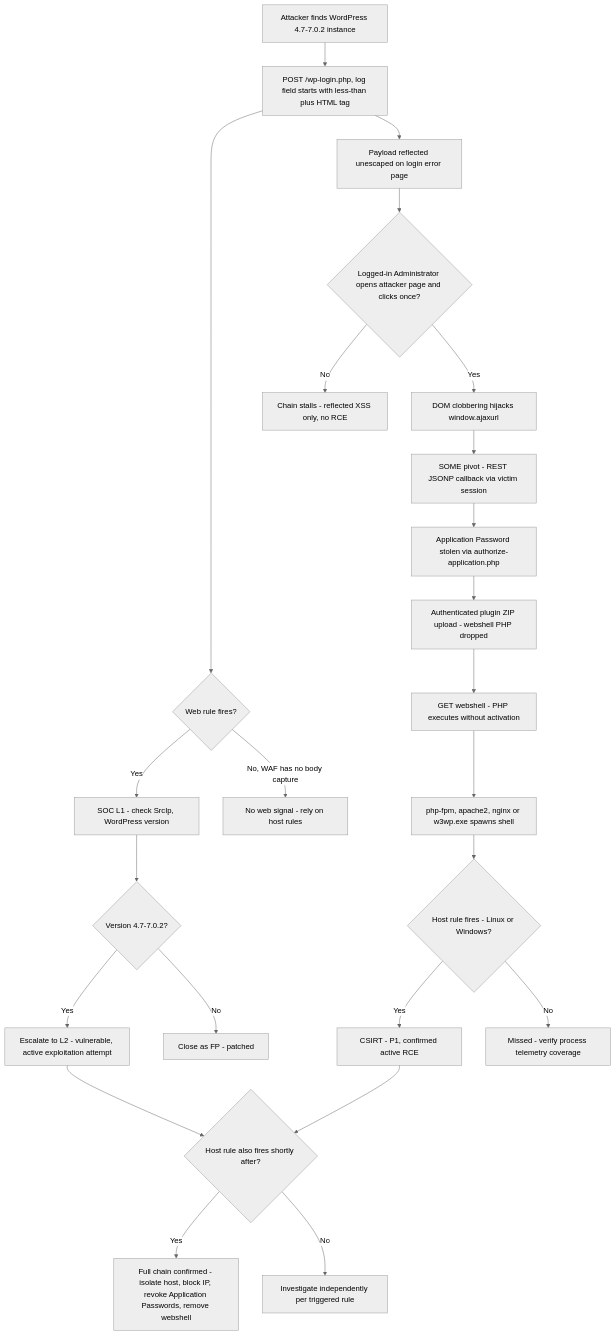
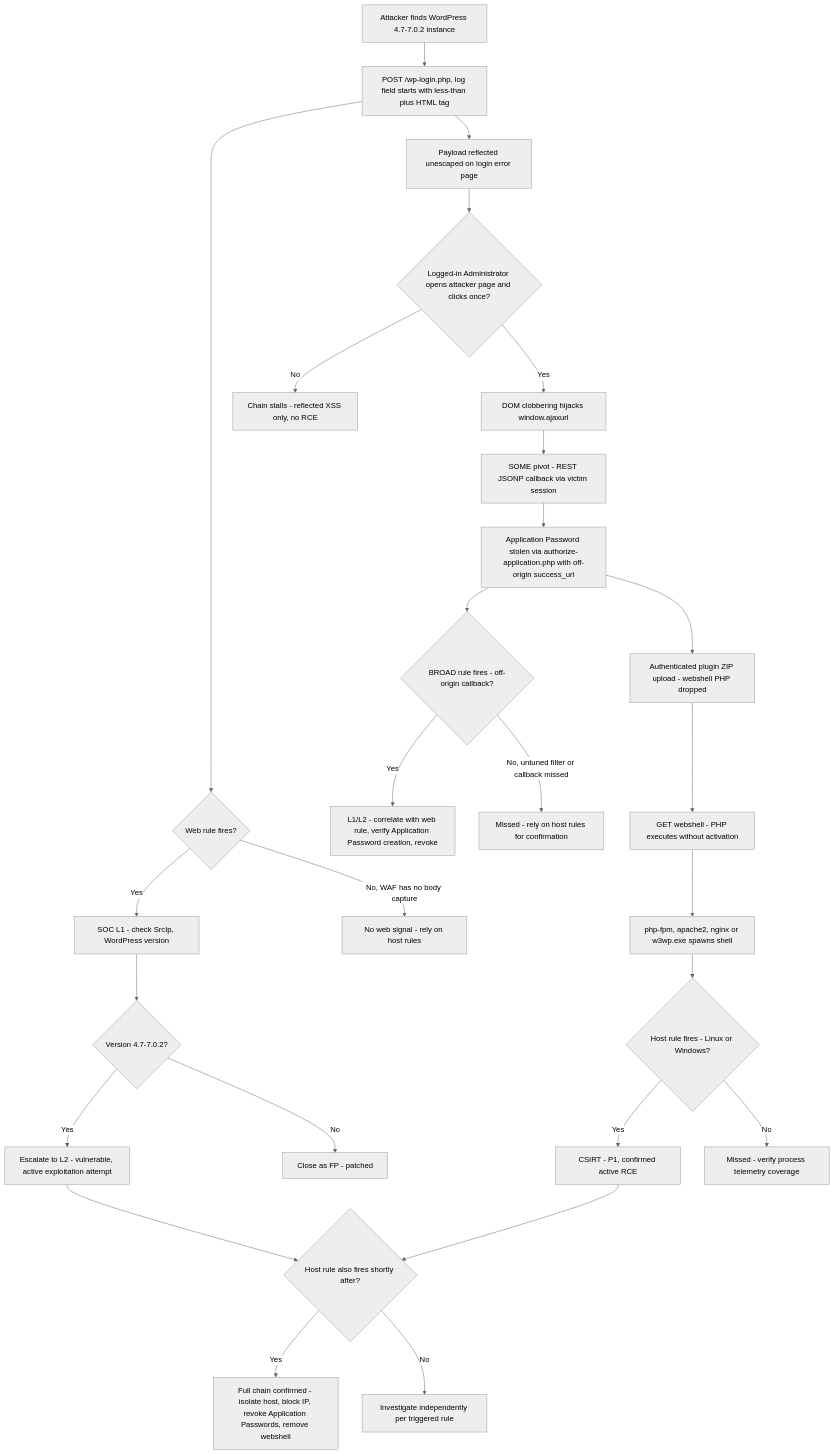
One commit to Hatchepsoute/sigma-rules changed the diagram in CVE-2026-64638_wordpress_xss2shell_RCE/diagrams/DIAGRAM_CVE_2026_64638_ATTACK_DETECTION_RESPONSE_EN.mmd. Above: the diagram before and after it, drawn with Mermaid (neutral theme). The commit also changed 28 other files, not shown here.

```diff
--- a/CVE-2026-64638_wordpress_xss2shell_RCE/diagrams/DIAGRAM_CVE_2026_64638_ATTACK_DETECTION_RESPONSE_EN.mmd
+++ b/CVE-2026-64638_wordpress_xss2shell_RCE/diagrams/DIAGRAM_CVE_2026_64638_ATTACK_DETECTION_RESPONSE_EN.mmd
@@ -1,28 +1,31 @@
 flowchart TD
     A[Attacker finds WordPress 4.7-7.0.2 instance] --> B[POST /wp-login.php, log field starts with less-than plus HTML tag]
     B --> C{Web rule fires?}
     C -- Yes --> D[SOC L1 - check SrcIp, WordPress version]
     D --> E{Version 4.7-7.0.2?}
     E -- Yes --> F[Escalate to L2 - vulnerable, active exploitation attempt]
     E -- No --> G[Close as FP - patched]
     C -- No, WAF has no body capture --> H[No web signal - rely on host rules]
 
     B --> I[Payload reflected unescaped on login error page]
     I --> J{Logged-in Administrator opens attacker page and clicks once?}
     J -- No --> K[Chain stalls - reflected XSS only, no RCE]
     J -- Yes --> L[DOM clobbering hijacks window.ajaxurl]
 
     L --> M[SOME pivot - REST JSONP callback via victim session]
-    M --> N[Application Password stolen via authorize-application.php]
+    M --> N[Application Password stolen via authorize-application.php with off-origin success_url]
+    N --> N2{BROAD rule fires - off-origin callback?}
+    N2 -- Yes --> N3[L1/L2 - correlate with web rule, verify Application Password creation, revoke]
+    N2 -- No, untuned filter or callback missed --> N4[Missed - rely on host rules for confirmation]
     N --> O[Authenticated plugin ZIP upload - webshell PHP dropped]
     O --> P[GET webshell - PHP executes without activation]
 
     P --> Q[php-fpm, apache2, nginx or w3wp.exe spawns shell]
     Q --> R{Host rule fires - Linux or Windows?}
     R -- Yes --> S[CSIRT - P1, confirmed active RCE]
     R -- No --> T[Missed - verify process telemetry coverage]
 
     F --> U{Host rule also fires shortly after?}
     S --> U
     U -- Yes --> V[Full chain confirmed - isolate host, block IP, revoke Application Passwords, remove webshell]
     U -- No --> W[Investigate independently per triggered rule]
```
